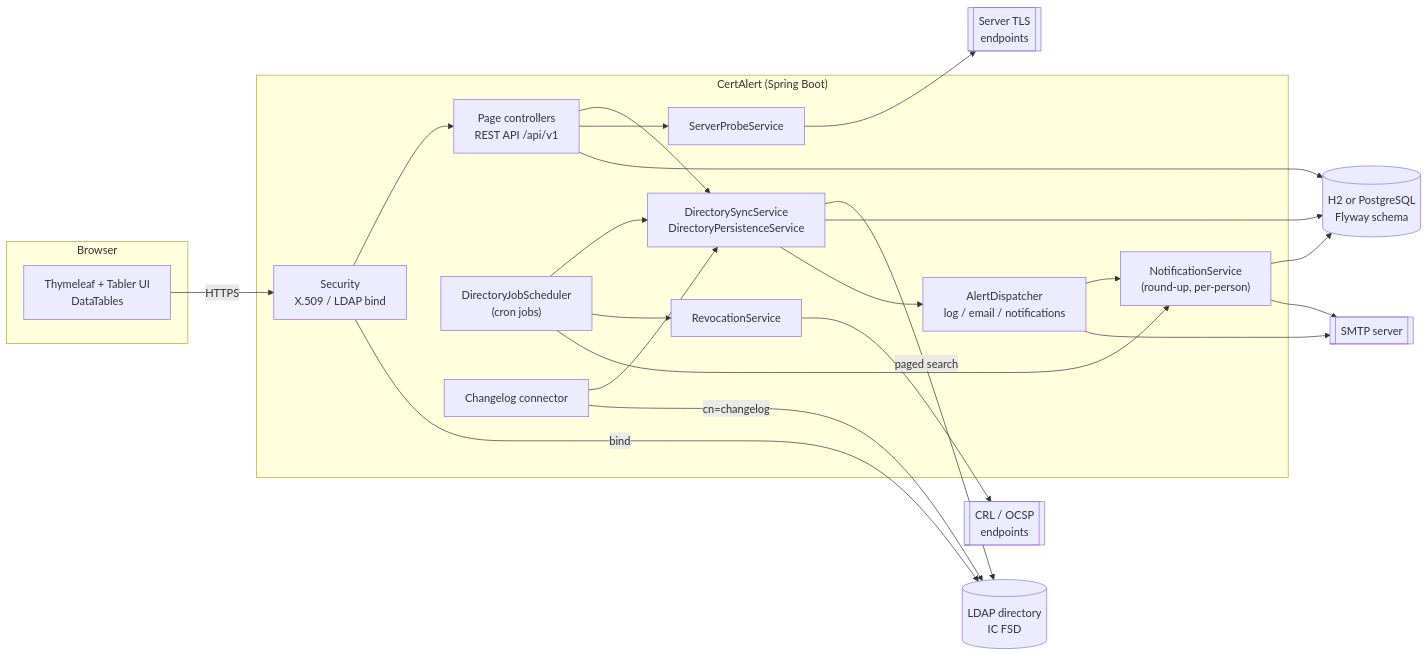
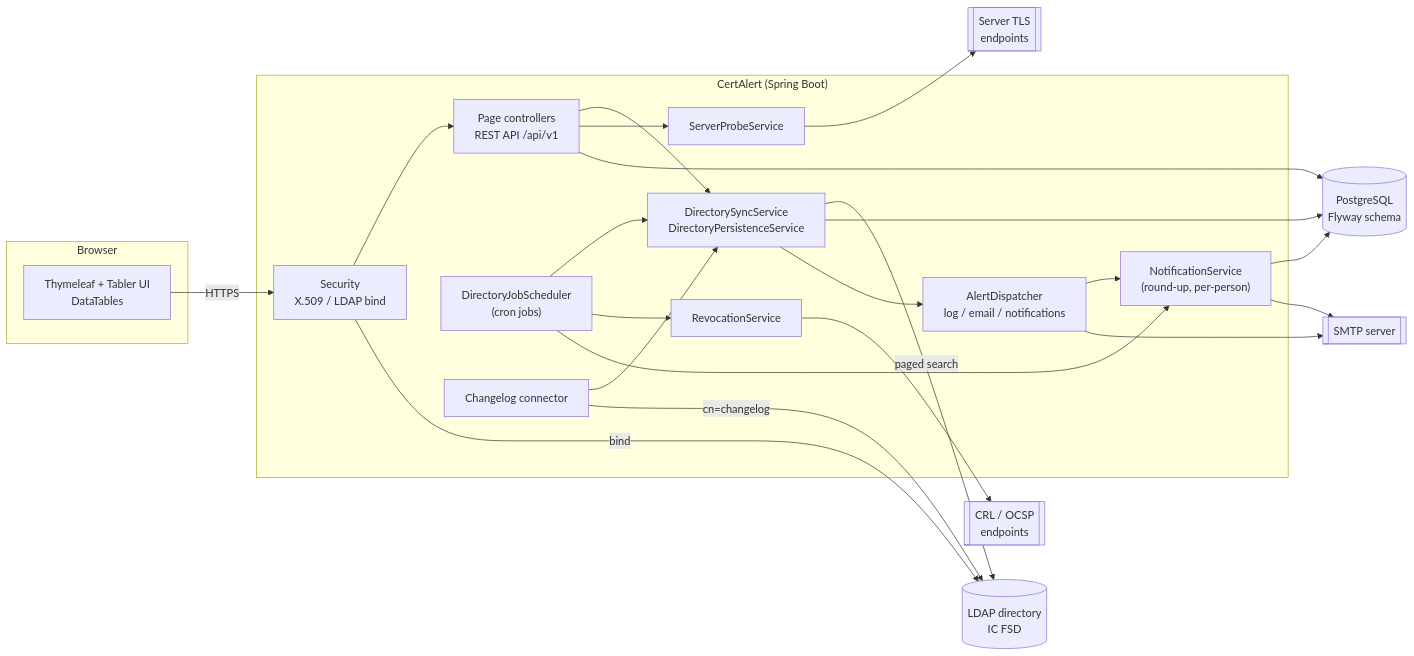
Before and after one commit to winllc/ens-apps-documentation: the diagram in docs/cert-alert/index.md, drawn with Mermaid. The commit also changed other lines of this file and 31 other files, not shown here.

First line of the commit message:
Docs: install only from the release package or the Helm chart

````diff
--- a/docs/cert-alert/index.md
+++ b/docs/cert-alert/index.md
@@ -50,44 +50,44 @@
 ```mermaid
 flowchart LR
     subgraph Browser
         UI["Thymeleaf + Tabler UI<br/>DataTables"]
     end
 
     subgraph App["CertAlert (Spring Boot)"]
         SEC["Security<br/>X.509 / LDAP bind"]
         WEB["Page controllers<br/>REST API /api/v1"]
         SCHED["DirectoryJobScheduler<br/>(cron jobs)"]
         CL["Changelog connector"]
         SYNC["DirectorySyncService<br/>DirectoryPersistenceService"]
         NOTIF["NotificationService<br/>(round-up, per-person)"]
         ALERT["AlertDispatcher<br/>log / email / notifications"]
         REV["RevocationService"]
         PROBE["ServerProbeService"]
     end
 
     LDAP[("LDAP directory<br/>IC FSD")]
-    DB[("H2 or PostgreSQL<br/>Flyway schema")]
+    DB[("PostgreSQL<br/>Flyway schema")]
     SMTP[["SMTP server"]]
     CA[["CRL / OCSP<br/>endpoints"]]
     TLS[["Server TLS<br/>endpoints"]]
 
     UI -->|HTTPS| SEC --> WEB
     WEB --> SYNC
     SCHED --> SYNC
     SCHED --> REV
     SCHED --> NOTIF
     CL --> SYNC
     SYNC -->|paged search| LDAP
     CL -->|cn=changelog| LDAP
     SEC -->|bind| LDAP
     SYNC --> DB
     SYNC --> ALERT
     ALERT --> NOTIF
     NOTIF --> DB
     NOTIF --> SMTP
     ALERT --> SMTP
     REV --> CA
     PROBE --> TLS
     WEB --> PROBE
     WEB --> DB
 ```
````
